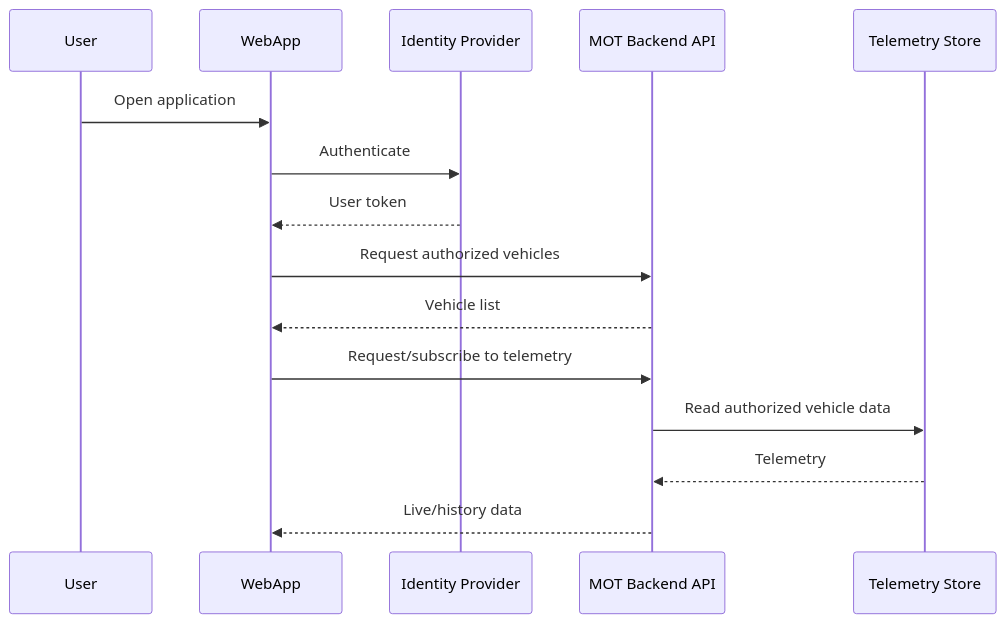
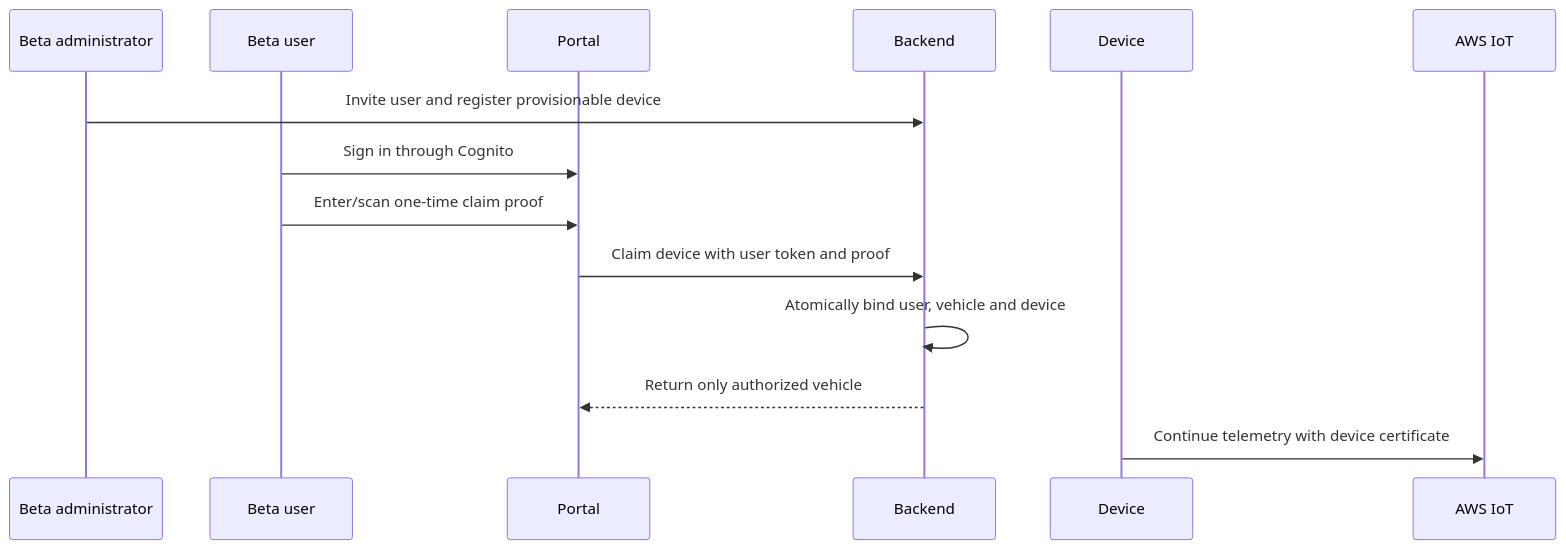
Before and after one commit to MM1834/microlino-open-telemetry: the second of 2 diagrams in docs/architecture/aws-iot.md, drawn with Mermaid. The commit also changed other lines of this file and 55 other files, not shown here.

Commit message:
docs: define canonical structure and architecture

````diff
--- a/docs/architecture/aws-iot.md
+++ b/docs/architecture/aws-iot.md
@@ -91,18 +42,17 @@
 ```mermaid
 sequenceDiagram
-    participant User
-    participant WebApp
-    participant Identity as Identity Provider
-    participant API as MOT Backend API
-    participant Store as Telemetry Store
+    participant Admin as Beta administrator
+    participant User as Beta user
+    participant Portal
+    participant Backend
+    participant Device
+    participant IoT as AWS IoT
 
-    User->>WebApp: Open application
-    WebApp->>Identity: Authenticate
-    Identity-->>WebApp: User token
-    WebApp->>API: Request authorized vehicles
-    API-->>WebApp: Vehicle list
-    WebApp->>API: Request/subscribe to telemetry
-    API->>Store: Read authorized vehicle data
-    Store-->>API: Telemetry
-    API-->>WebApp: Live/history data
+    Admin->>Backend: Invite user and register provisionable device
+    User->>Portal: Sign in through Cognito
+    User->>Portal: Enter/scan one-time claim proof
+    Portal->>Backend: Claim device with user token and proof
+    Backend->>Backend: Atomically bind user, vehicle and device
+    Backend-->>Portal: Return only authorized vehicle
+    Device->>IoT: Continue telemetry with device certificate
 ```
````
